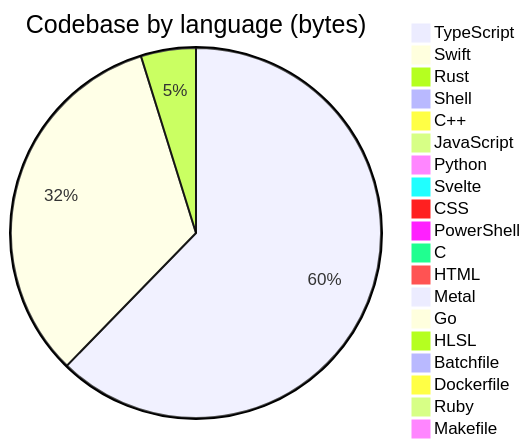
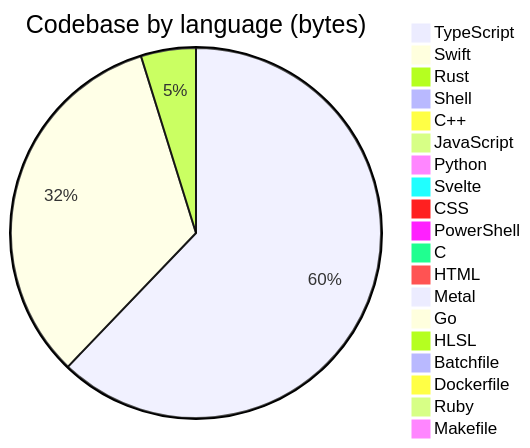
The diagram in profile/README.md (Open330/.github), drawn with Mermaid before and after one commit. The commit also changed other lines of this file, not shown here.

````diff
--- a/profile/README.md
+++ b/profile/README.md
@@ -130,22 +130,22 @@
 ```mermaid
 pie title Codebase by language (bytes)
     "TypeScript" : 34474664
-    "Swift" : 18219039
-    "Rust" : 2657446
+    "Swift" : 18327514
+    "Rust" : 2661626
     "Shell" : 500356
     "C++" : 388775
     "JavaScript" : 368493
     "Python" : 342510
     "Svelte" : 143451
     "CSS" : 142903
     "PowerShell" : 128198
     "C" : 114143
     "HTML" : 50085
     "Metal" : 33033
     "Go" : 22811
     "HLSL" : 7527
     "Batchfile" : 5870
     "Dockerfile" : 4893
     "Ruby" : 1554
     "Makefile" : 1150
 ```
````
